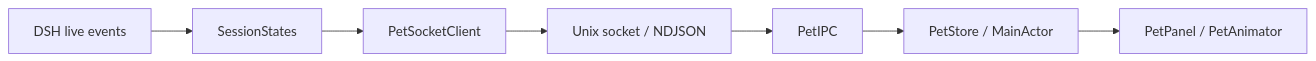
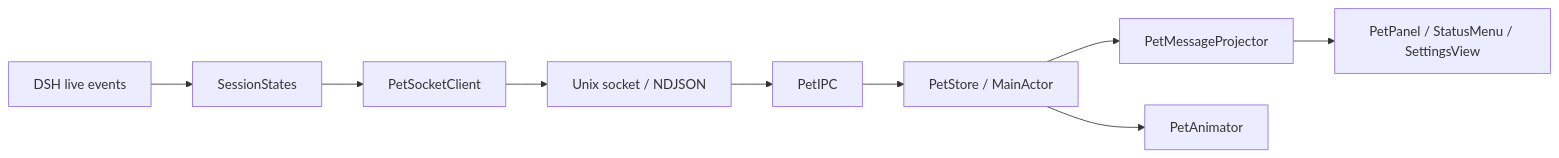
One commit to hotheat/harness-native-pet changed the diagram in docs/architecture.md. Above: the diagram before and after it, drawn with Mermaid. The commit also changed other lines of this file and 38 other files, not shown here.

````diff
--- a/docs/architecture.md
+++ b/docs/architecture.md
@@ -8,9 +8,11 @@
 ```mermaid
 flowchart LR
   DSH[DSH live events] --> Reducer[SessionStates]
   Reducer --> Client[PetSocketClient]
   Client --> Socket[Unix socket / NDJSON]
   Socket --> IPC[PetIPC]
   IPC --> Store[PetStore / MainActor]
-  Store --> UI[PetPanel / PetAnimator]
+  Store --> Projector[PetMessageProjector]
+  Projector --> UI[PetPanel / StatusMenu / SettingsView]
+  Store --> Animator[PetAnimator]
 ```
````
